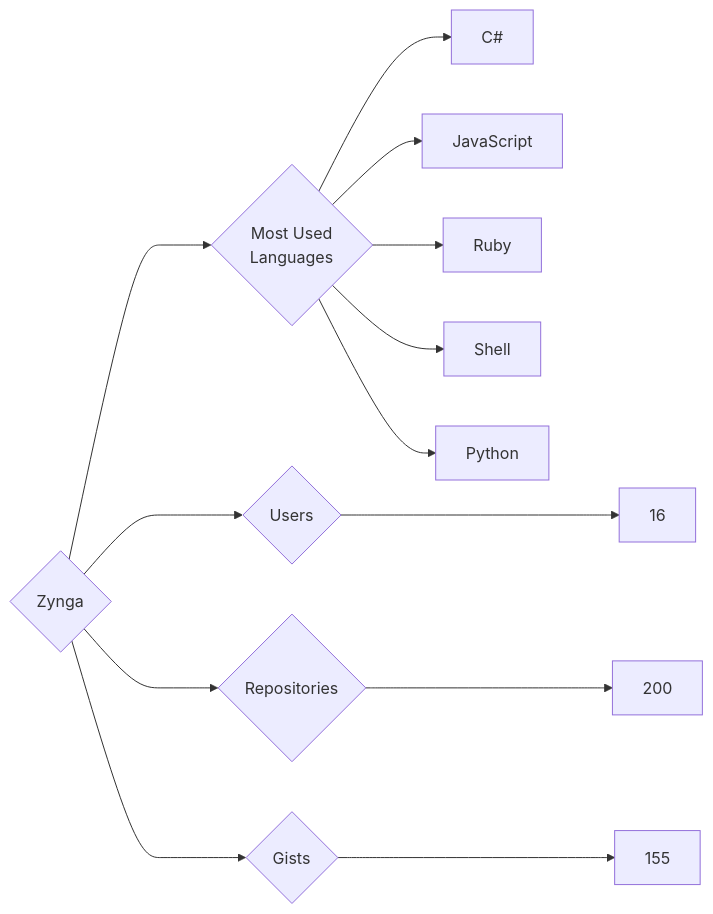
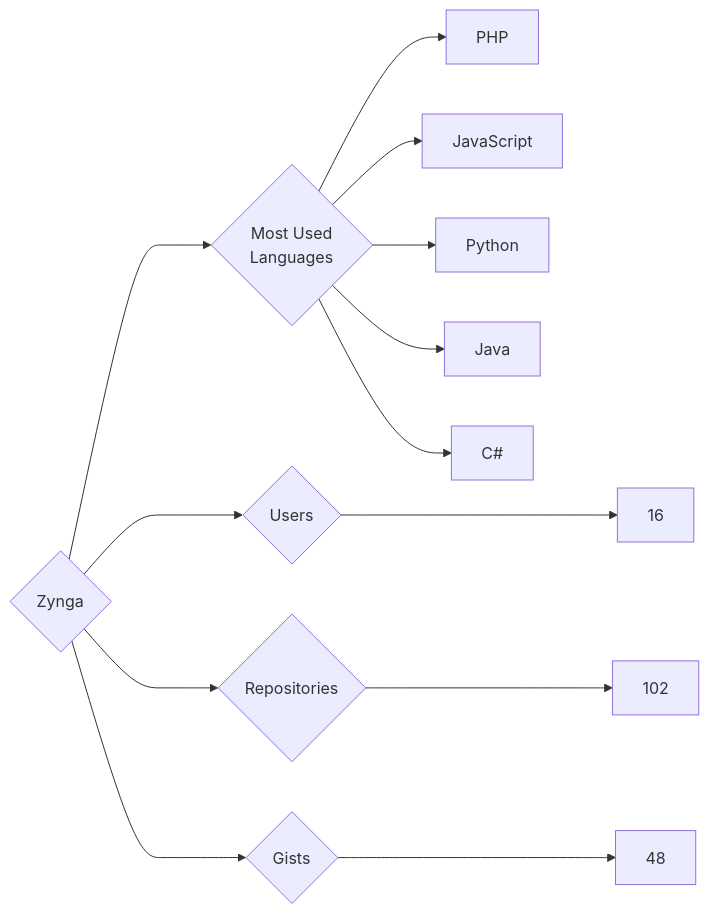
One commit to trickest/insiders changed the diagram in targets/Zynga/README.md. Above: the diagram before and after it, drawn with Mermaid. The commit also changed 814 other files, not shown here.

````diff
--- a/targets/Zynga/README.md
+++ b/targets/Zynga/README.md
@@ -3,13 +3,13 @@
 ```mermaid
 graph LR
 COMPANY_NAME{Zynga}
 COMPANY_NAME ---> U{Users} ---> UN[16]
-COMPANY_NAME ---> R{Repositories} ---> RN[200]
-COMPANY_NAME ---> G{Gists} ---> GN[155]
+COMPANY_NAME ---> R{Repositories} ---> RN[102]
+COMPANY_NAME ---> G{Gists} ---> GN[48]
 COMPANY_NAME ---> ML{Most Used<br>Languages}
+ML --> PHP[PHP]
+ML --> JavaScript[JavaScript]
+ML --> Python[Python]
+ML --> Java[Java]
 ML --> C#[C#]
-ML --> JavaScript[JavaScript]
-ML --> Ruby[Ruby]
-ML --> Shell[Shell]
-ML --> Python[Python]
 ```
````
